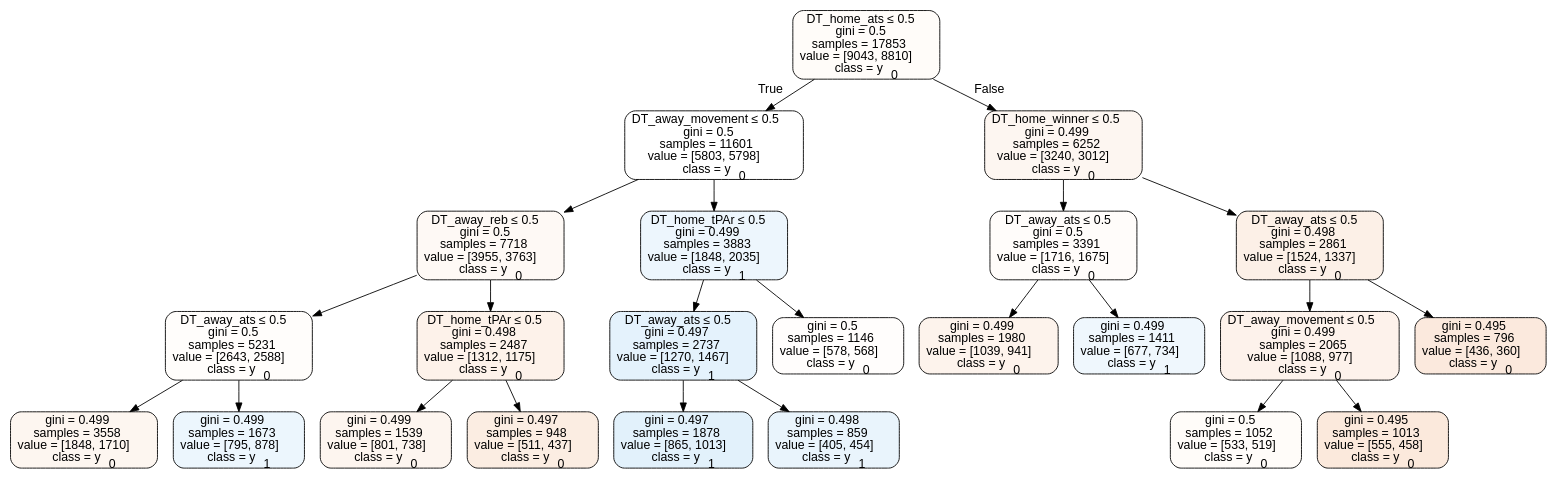
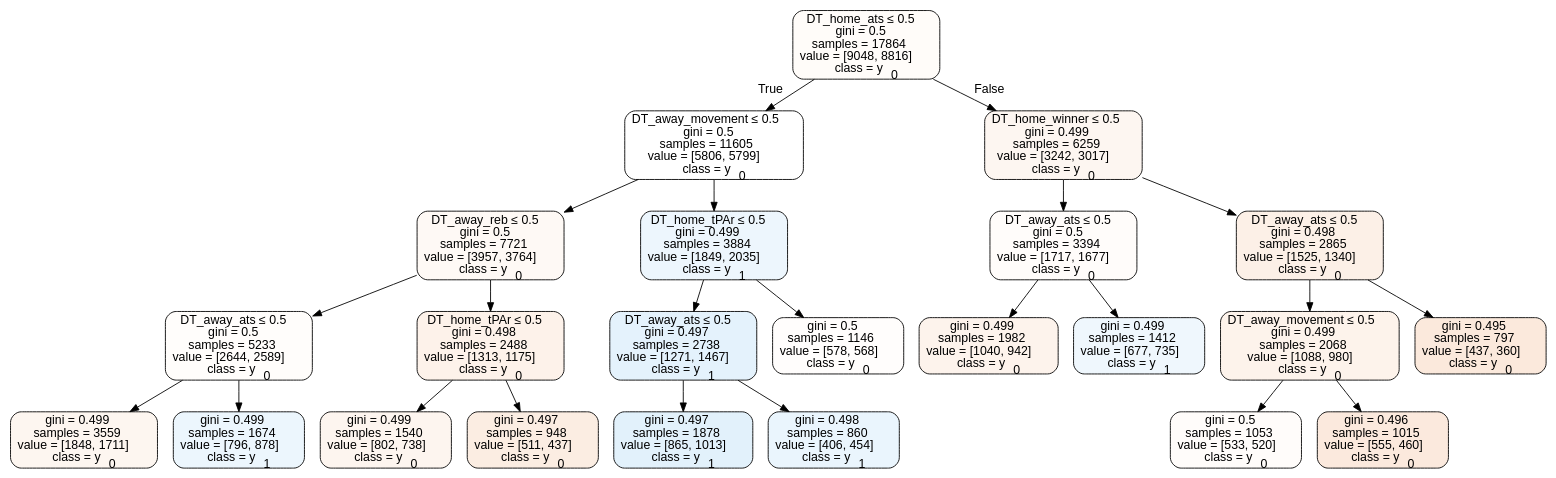
The diagram in Basketball/data/trees/treehome.dot (usbogie/ncaa-bets), drawn with Graphviz before and after one commit. The commit also changed 15 other files, not shown here.

```diff
--- a/Basketball/data/trees/treehome.dot
+++ b/Basketball/data/trees/treehome.dot
@@ -1,49 +1,49 @@
 digraph Tree {
 node [shape=box, style="filled, rounded", color="black", fontname=helvetica] ;
 edge [fontname=helvetica] ;
-0 [label=<DT_home_ats &le; 0.5<br/>gini = 0.5<br/>samples = 17853<br/>value = [9043, 8810]<br/>class = y<SUB>0</SUB>>, fillcolor="#e5813907"] ;
-1 [label=<DT_away_movement &le; 0.5<br/>gini = 0.5<br/>samples = 11601<br/>value = [5803, 5798]<br/>class = y<SUB>0</SUB>>, fillcolor="#e5813900"] ;
+0 [label=<DT_home_ats &le; 0.5<br/>gini = 0.5<br/>samples = 17864<br/>value = [9048, 8816]<br/>class = y<SUB>0</SUB>>, fillcolor="#e5813907"] ;
+1 [label=<DT_away_movement &le; 0.5<br/>gini = 0.5<br/>samples = 11605<br/>value = [5806, 5799]<br/>class = y<SUB>0</SUB>>, fillcolor="#e5813900"] ;
 0 -> 1 [labeldistance=2.5, labelangle=45, headlabel="True"] ;
-2 [label=<DT_away_reb &le; 0.5<br/>gini = 0.5<br/>samples = 7718<br/>value = [3955, 3763]<br/>class = y<SUB>0</SUB>>, fillcolor="#e581390c"] ;
+2 [label=<DT_away_reb &le; 0.5<br/>gini = 0.5<br/>samples = 7721<br/>value = [3957, 3764]<br/>class = y<SUB>0</SUB>>, fillcolor="#e581390c"] ;
 1 -> 2 ;
-3 [label=<DT_away_ats &le; 0.5<br/>gini = 0.5<br/>samples = 5231<br/>value = [2643, 2588]<br/>class = y<SUB>0</SUB>>, fillcolor="#e5813905"] ;
+3 [label=<DT_away_ats &le; 0.5<br/>gini = 0.5<br/>samples = 5233<br/>value = [2644, 2589]<br/>class = y<SUB>0</SUB>>, fillcolor="#e5813905"] ;
 2 -> 3 ;
-4 [label=<gini = 0.499<br/>samples = 3558<br/>value = [1848, 1710]<br/>class = y<SUB>0</SUB>>, fillcolor="#e5813913"] ;
+4 [label=<gini = 0.499<br/>samples = 3559<br/>value = [1848, 1711]<br/>class = y<SUB>0</SUB>>, fillcolor="#e5813913"] ;
 3 -> 4 ;
-5 [label=<gini = 0.499<br/>samples = 1673<br/>value = [795, 878]<br/>class = y<SUB>1</SUB>>, fillcolor="#399de518"] ;
+5 [label=<gini = 0.499<br/>samples = 1674<br/>value = [796, 878]<br/>class = y<SUB>1</SUB>>, fillcolor="#399de518"] ;
 3 -> 5 ;
-6 [label=<DT_home_tPAr &le; 0.5<br/>gini = 0.498<br/>samples = 2487<br/>value = [1312, 1175]<br/>class = y<SUB>0</SUB>>, fillcolor="#e581391b"] ;
+6 [label=<DT_home_tPAr &le; 0.5<br/>gini = 0.498<br/>samples = 2488<br/>value = [1313, 1175]<br/>class = y<SUB>0</SUB>>, fillcolor="#e581391b"] ;
 2 -> 6 ;
-7 [label=<gini = 0.499<br/>samples = 1539<br/>value = [801, 738]<br/>class = y<SUB>0</SUB>>, fillcolor="#e5813914"] ;
+7 [label=<gini = 0.499<br/>samples = 1540<br/>value = [802, 738]<br/>class = y<SUB>0</SUB>>, fillcolor="#e5813914"] ;
 6 -> 7 ;
 8 [label=<gini = 0.497<br/>samples = 948<br/>value = [511, 437]<br/>class = y<SUB>0</SUB>>, fillcolor="#e5813925"] ;
 6 -> 8 ;
-9 [label=<DT_home_tPAr &le; 0.5<br/>gini = 0.499<br/>samples = 3883<br/>value = [1848, 2035]<br/>class = y<SUB>1</SUB>>, fillcolor="#399de517"] ;
+9 [label=<DT_home_tPAr &le; 0.5<br/>gini = 0.499<br/>samples = 3884<br/>value = [1849, 2035]<br/>class = y<SUB>1</SUB>>, fillcolor="#399de517"] ;
 1 -> 9 ;
-10 [label=<DT_away_ats &le; 0.5<br/>gini = 0.497<br/>samples = 2737<br/>value = [1270, 1467]<br/>class = y<SUB>1</SUB>>, fillcolor="#399de522"] ;
+10 [label=<DT_away_ats &le; 0.5<br/>gini = 0.497<br/>samples = 2738<br/>value = [1271, 1467]<br/>class = y<SUB>1</SUB>>, fillcolor="#399de522"] ;
 9 -> 10 ;
 11 [label=<gini = 0.497<br/>samples = 1878<br/>value = [865, 1013]<br/>class = y<SUB>1</SUB>>, fillcolor="#399de525"] ;
 10 -> 11 ;
-12 [label=<gini = 0.498<br/>samples = 859<br/>value = [405, 454]<br/>class = y<SUB>1</SUB>>, fillcolor="#399de51c"] ;
+12 [label=<gini = 0.498<br/>samples = 860<br/>value = [406, 454]<br/>class = y<SUB>1</SUB>>, fillcolor="#399de51b"] ;
 10 -> 12 ;
 13 [label=<gini = 0.5<br/>samples = 1146<br/>value = [578, 568]<br/>class = y<SUB>0</SUB>>, fillcolor="#e5813904"] ;
 9 -> 13 ;
-14 [label=<DT_home_winner &le; 0.5<br/>gini = 0.499<br/>samples = 6252<br/>value = [3240, 3012]<br/>class = y<SUB>0</SUB>>, fillcolor="#e5813912"] ;
+14 [label=<DT_home_winner &le; 0.5<br/>gini = 0.499<br/>samples = 6259<br/>value = [3242, 3017]<br/>class = y<SUB>0</SUB>>, fillcolor="#e5813912"] ;
 0 -> 14 [labeldistance=2.5, labelangle=-45, headlabel="False"] ;
-15 [label=<DT_away_ats &le; 0.5<br/>gini = 0.5<br/>samples = 3391<br/>value = [1716, 1675]<br/>class = y<SUB>0</SUB>>, fillcolor="#e5813906"] ;
+15 [label=<DT_away_ats &le; 0.5<br/>gini = 0.5<br/>samples = 3394<br/>value = [1717, 1677]<br/>class = y<SUB>0</SUB>>, fillcolor="#e5813906"] ;
 14 -> 15 ;
-16 [label=<gini = 0.499<br/>samples = 1980<br/>value = [1039, 941]<br/>class = y<SUB>0</SUB>>, fillcolor="#e5813918"] ;
+16 [label=<gini = 0.499<br/>samples = 1982<br/>value = [1040, 942]<br/>class = y<SUB>0</SUB>>, fillcolor="#e5813918"] ;
 15 -> 16 ;
-17 [label=<gini = 0.499<br/>samples = 1411<br/>value = [677, 734]<br/>class = y<SUB>1</SUB>>, fillcolor="#399de514"] ;
+17 [label=<gini = 0.499<br/>samples = 1412<br/>value = [677, 735]<br/>class = y<SUB>1</SUB>>, fillcolor="#399de514"] ;
 15 -> 17 ;
-18 [label=<DT_away_ats &le; 0.5<br/>gini = 0.498<br/>samples = 2861<br/>value = [1524, 1337]<br/>class = y<SUB>0</SUB>>, fillcolor="#e581391f"] ;
+18 [label=<DT_away_ats &le; 0.5<br/>gini = 0.498<br/>samples = 2865<br/>value = [1525, 1340]<br/>class = y<SUB>0</SUB>>, fillcolor="#e581391f"] ;
 14 -> 18 ;
-19 [label=<DT_away_movement &le; 0.5<br/>gini = 0.499<br/>samples = 2065<br/>value = [1088, 977]<br/>class = y<SUB>0</SUB>>, fillcolor="#e581391a"] ;
+19 [label=<DT_away_movement &le; 0.5<br/>gini = 0.499<br/>samples = 2068<br/>value = [1088, 980]<br/>class = y<SUB>0</SUB>>, fillcolor="#e5813919"] ;
 18 -> 19 ;
-20 [label=<gini = 0.5<br/>samples = 1052<br/>value = [533, 519]<br/>class = y<SUB>0</SUB>>, fillcolor="#e5813907"] ;
+20 [label=<gini = 0.5<br/>samples = 1053<br/>value = [533, 520]<br/>class = y<SUB>0</SUB>>, fillcolor="#e5813906"] ;
 19 -> 20 ;
-21 [label=<gini = 0.495<br/>samples = 1013<br/>value = [555, 458]<br/>class = y<SUB>0</SUB>>, fillcolor="#e581392d"] ;
+21 [label=<gini = 0.496<br/>samples = 1015<br/>value = [555, 460]<br/>class = y<SUB>0</SUB>>, fillcolor="#e581392c"] ;
 19 -> 21 ;
-22 [label=<gini = 0.495<br/>samples = 796<br/>value = [436, 360]<br/>class = y<SUB>0</SUB>>, fillcolor="#e581392c"] ;
+22 [label=<gini = 0.495<br/>samples = 797<br/>value = [437, 360]<br/>class = y<SUB>0</SUB>>, fillcolor="#e581392d"] ;
 18 -> 22 ;
 }
```
